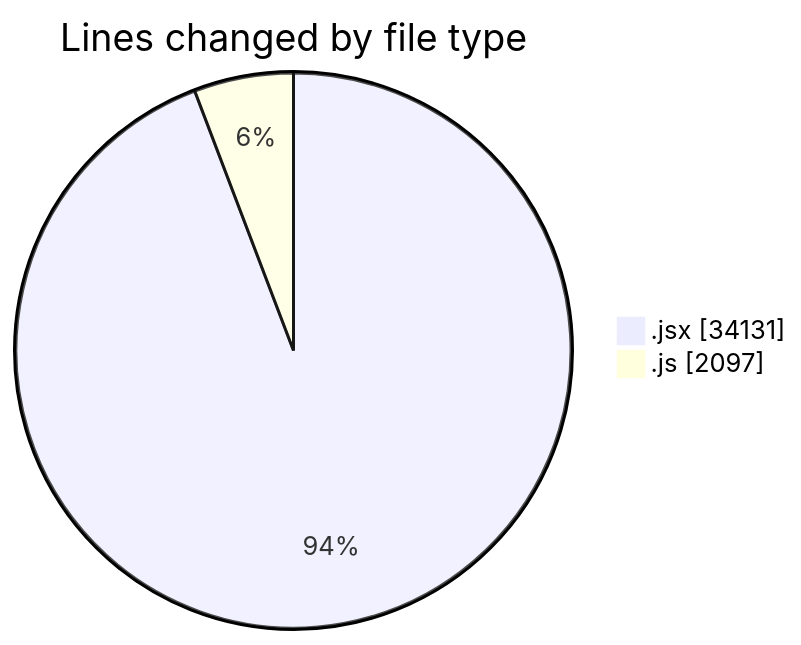
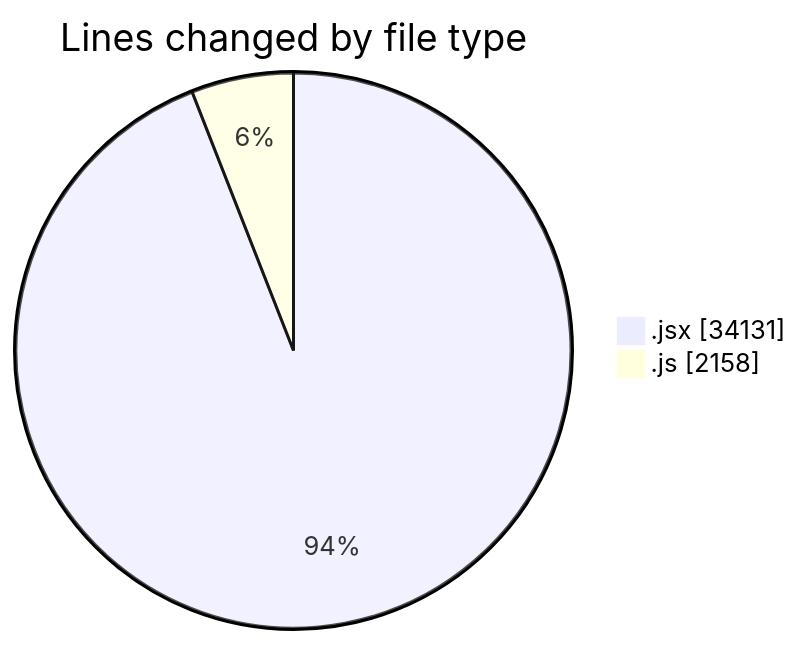
One commit to nxtqubesakshisongat/code-tracking changed the first of 2 diagrams in 2025-09-29/nxtqube_webapp/README.md. Above: the diagram before and after it, drawn with Mermaid. The commit also changed other lines of this file and 1 other file, not shown here.

````diff
--- a/2025-09-29/nxtqube_webapp/README.md
+++ b/2025-09-29/nxtqube_webapp/README.md
@@ -22,6 +22,6 @@
 ```mermaid
 pie showData
 title Lines changed by file type
 ".jsx" : 34131
-".js" : 2097
+".js" : 2158
 ```
````
